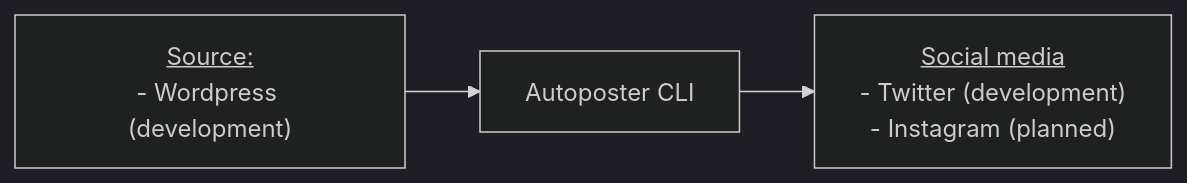
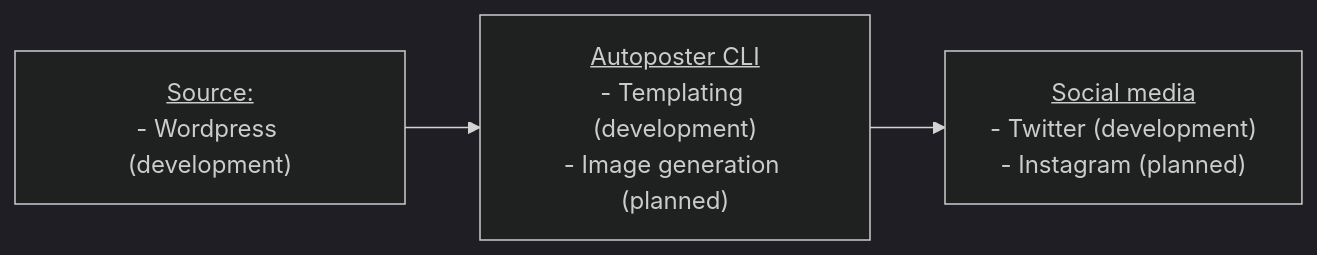
One commit to Jblew/socialmedia-autopublisher-cli changed the diagram in README.md. Above: the diagram before and after it, drawn with Mermaid (dark theme).

Commit message:
chore: planned features in README

````diff
--- a/README.md
+++ b/README.md
@@ -5,8 +5,8 @@
 ```mermaid
 flowchart LR
   Source --> Cli --> Socialmedia
   Source["<u>Source:</u><br />- Wordpress (development)"]
-  Cli[Autoposter CLI]
+  Cli["<u>Autoposter CLI</u><br />- Templating (development)<br />- Image generation (planned)"]
   Socialmedia["<u>Social media</u><br />- Twitter (development)<br \>- Instagram (planned)"]
 
 ```
````
